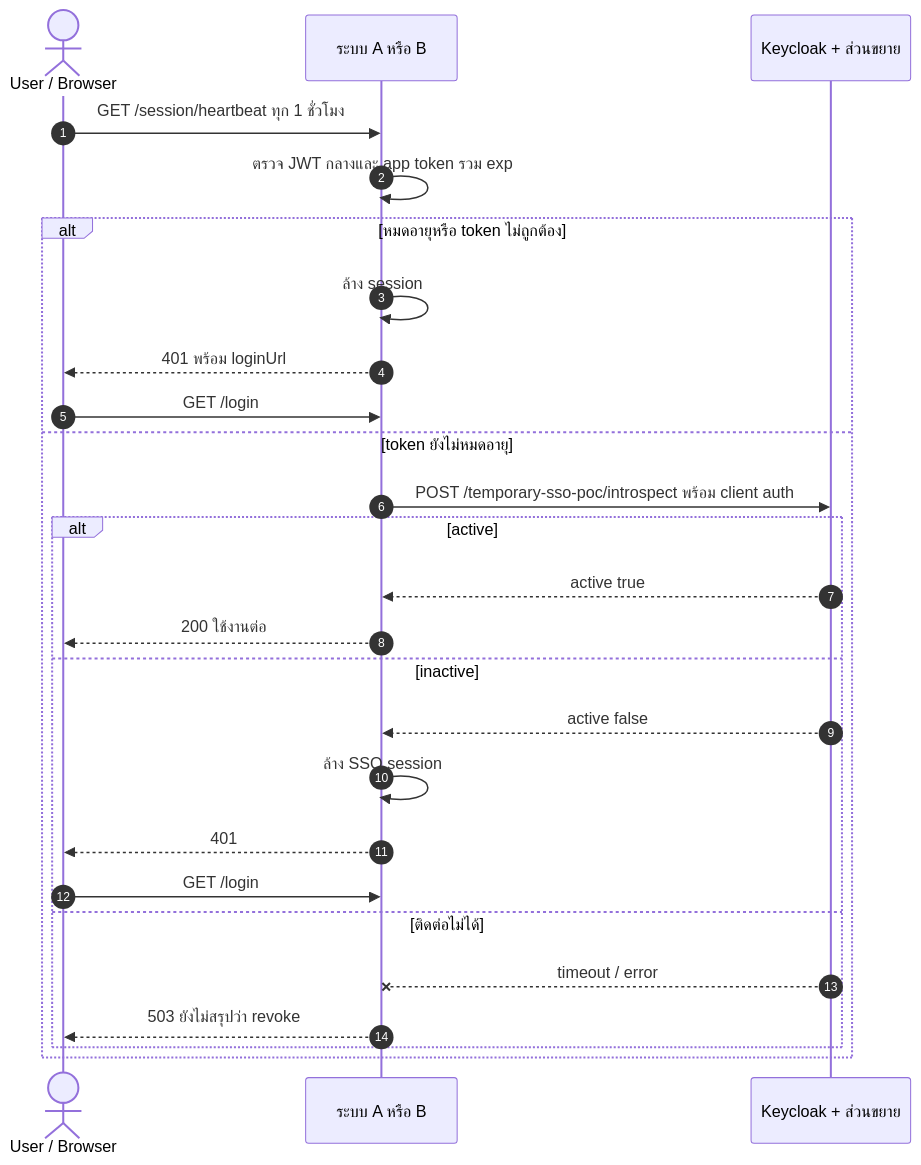
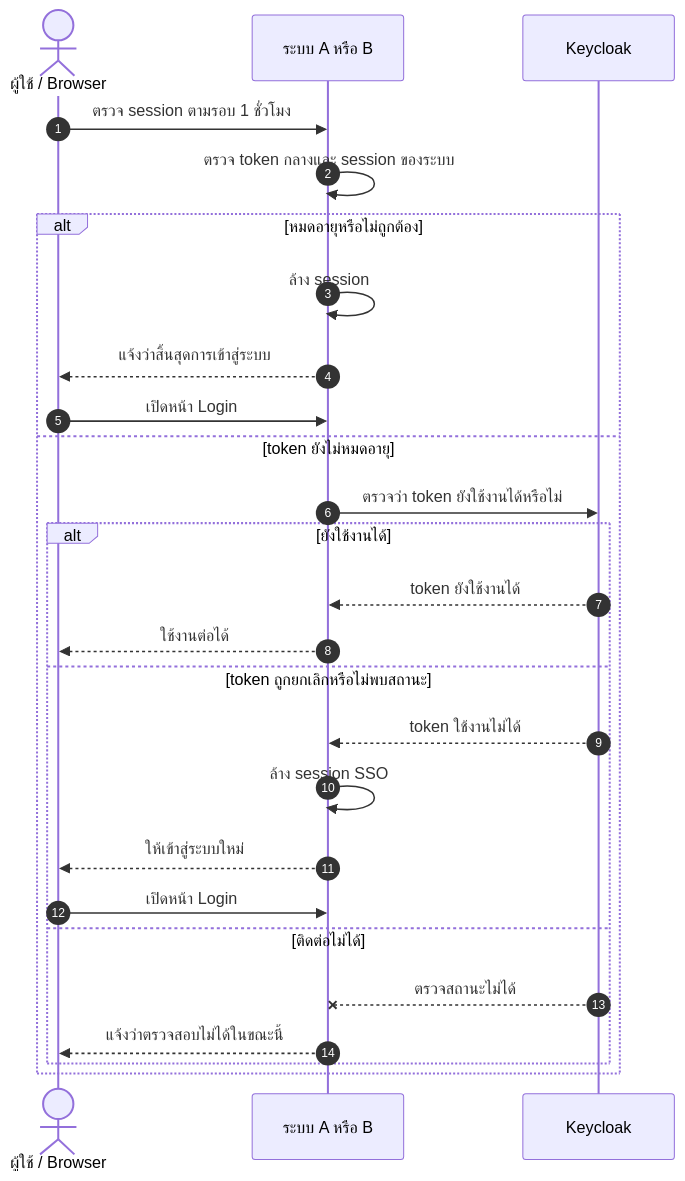
Diagram 13 of 22 in docs/flows/LOGIN-AND-SESSION.md (Sin1apachai/poc_sso), drawn with Mermaid before and after one commit. The commit also changed other lines of this file and 69 other files, not shown here.

Commit message:
Add IdP heartbeat, Keycloak API collection and revised SSO guides

````diff
--- a/docs/flows/LOGIN-AND-SESSION.md
+++ b/docs/flows/LOGIN-AND-SESSION.md
@@ -316,28 +329,28 @@
 ```mermaid
 sequenceDiagram
     autonumber
-actor U as User / Browser
+    actor U as ผู้ใช้ / Browser
     participant A as ระบบ A หรือ B
-    participant K as Keycloak + ส่วนขยาย
-    U->>A: GET /session/heartbeat ทุก 1 ชั่วโมง
-    A->>A: ตรวจ JWT กลางและ app token รวม exp
-    alt หมดอายุหรือ token ไม่ถูกต้อง
+    participant K as Keycloak
+    U->>A: ตรวจ session ตามรอบ 1 ชั่วโมง
+    A->>A: ตรวจ token กลางและ session ของระบบ
+    alt หมดอายุหรือไม่ถูกต้อง
         A->>A: ล้าง session
-        A-->>U: 401 พร้อม loginUrl
-        U->>A: GET /login
+        A-->>U: แจ้งว่าสิ้นสุดการเข้าสู่ระบบ
+        U->>A: เปิดหน้า Login
     else token ยังไม่หมดอายุ
-        A->>K: POST /temporary-sso-poc/introspect พร้อม client auth
-        alt active
-            K-->>A: active true
-            A-->>U: 200 ใช้งานต่อ
-        else inactive
-            K-->>A: active false
-            A->>A: ล้าง SSO session
-            A-->>U: 401
-            U->>A: GET /login
+        A->>K: ตรวจว่า token ยังใช้งานได้หรือไม่
+        alt ยังใช้งานได้
+            K-->>A: token ยังใช้งานได้
+            A-->>U: ใช้งานต่อได้
+        else token ถูกยกเลิกหรือไม่พบสถานะ
+            K-->>A: token ใช้งานไม่ได้
+            A->>A: ล้าง session SSO
+            A-->>U: ให้เข้าสู่ระบบใหม่
+            U->>A: เปิดหน้า Login
         else ติดต่อไม่ได้
-            K--xA: timeout / error
-            A-->>U: 503 ยังไม่สรุปว่า revoke
+            K--xA: ตรวจสถานะไม่ได้
+            A-->>U: แจ้งว่าตรวจสอบไม่ได้ในขณะนี้
         end
     end
 ```
````
